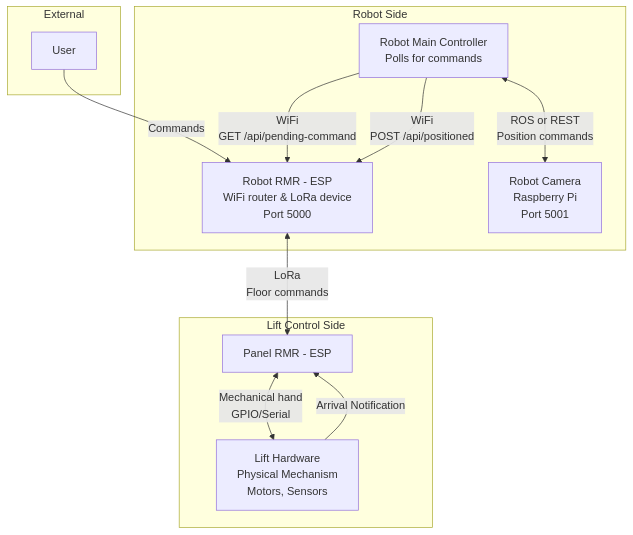
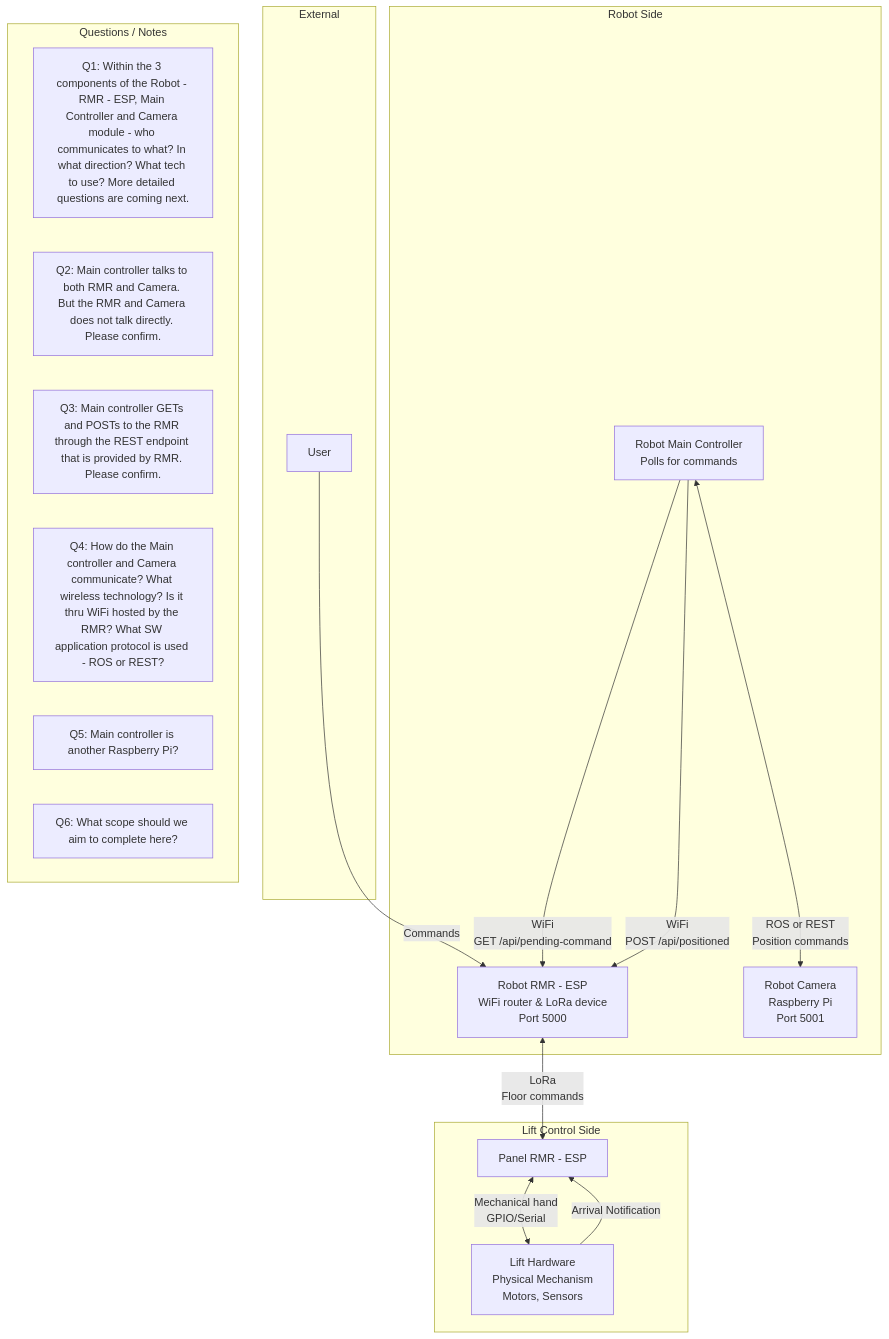
One commit to in-is-ah/rmr changed the second of 2 diagrams in senthil_version_sequence_diagram.md. Above: the diagram before and after it, drawn with Mermaid.

Commit message:
Add questions and notes section to sequence diagram
Added a subgraph for questions and notes regarding communication between robot components.

````diff
--- a/senthil_version_sequence_diagram.md
+++ b/senthil_version_sequence_diagram.md
@@ -51,25 +51,34 @@
 ```mermaid
 graph TB
     subgraph "External"
         User[User]
     end
     
     subgraph "Robot Side"
         RobotRMR[Robot RMR - ESP<br/>WiFi router & LoRa device<br/>Port 5000]
         RobotMainController[Robot Main Controller<br/>Polls for commands]
         RobotCamera[Robot Camera<br/>Raspberry Pi<br/>Port 5001]
     end
     
     subgraph "Lift Control Side"
         PanelRMR[Panel RMR - ESP]
         LiftHardware[Lift Hardware<br/>Physical Mechanism<br/>Motors, Sensors]
     end
     
+    subgraph "Questions / Notes"
+        Q1["Q1: Within the 3 components of the Robot - RMR - ESP, Main Controller and Camera module - who communicates to what? In what direction? What tech to use? More detailed questions are coming next."]
+        Q2["Q2: Main controller talks to both RMR and Camera. But the RMR and Camera does not talk directly. Please confirm."]
+        Q3["Q3: Main controller GETs and POSTs to the RMR through the REST endpoint that is provided by RMR. Please confirm."]
+        Q4["Q4: How do the Main controller and Camera communicate? What wireless technology? Is it thru WiFi hosted by the RMR? What SW application protocol is used - ROS or REST?"]
+        Q5["Q5: Main controller is another Raspberry Pi?"]
+        Q6["Q6: What scope should we aim to complete here?"]
+    end
+    
     User -->|Commands| RobotRMR
     RobotMainController -->|WiFi<br/>GET /api/pending-command| RobotRMR
     RobotMainController -->|WiFi<br/>POST /api/positioned| RobotRMR
     RobotMainController <-->|ROS or REST<br/>Position commands| RobotCamera
     RobotRMR <-->|LoRa<br/>Floor commands| PanelRMR
     PanelRMR <-->|Mechanical hand<br/>GPIO/Serial| LiftHardware
     LiftHardware -->|Arrival Notification| PanelRMR
 ```
````
